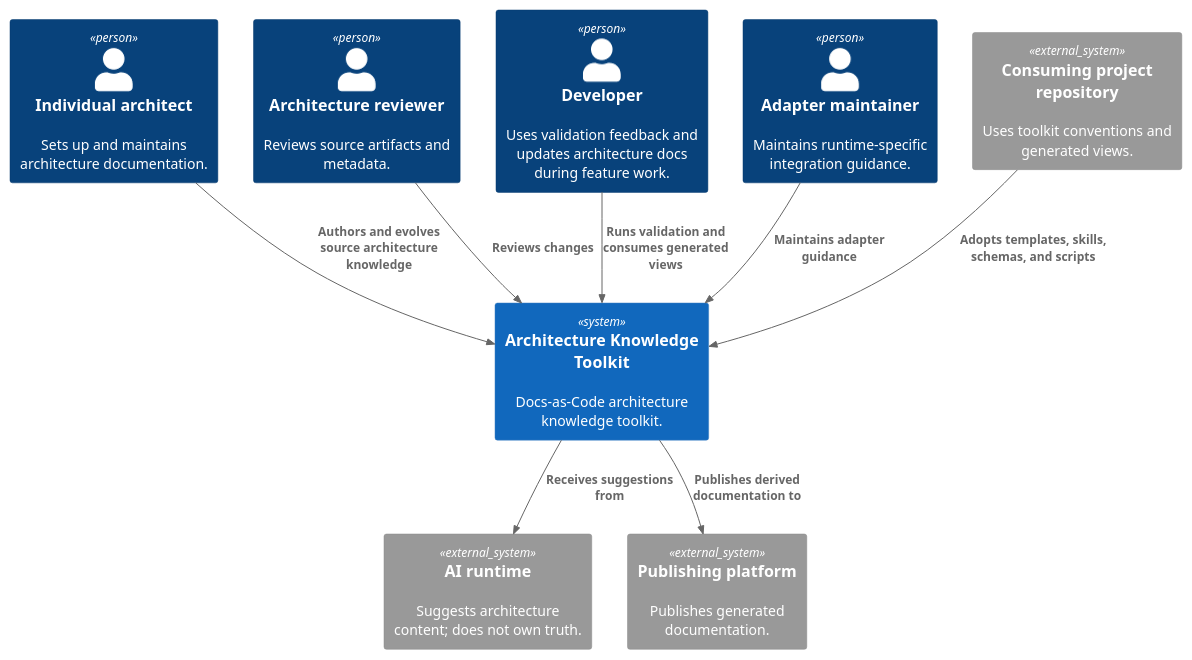
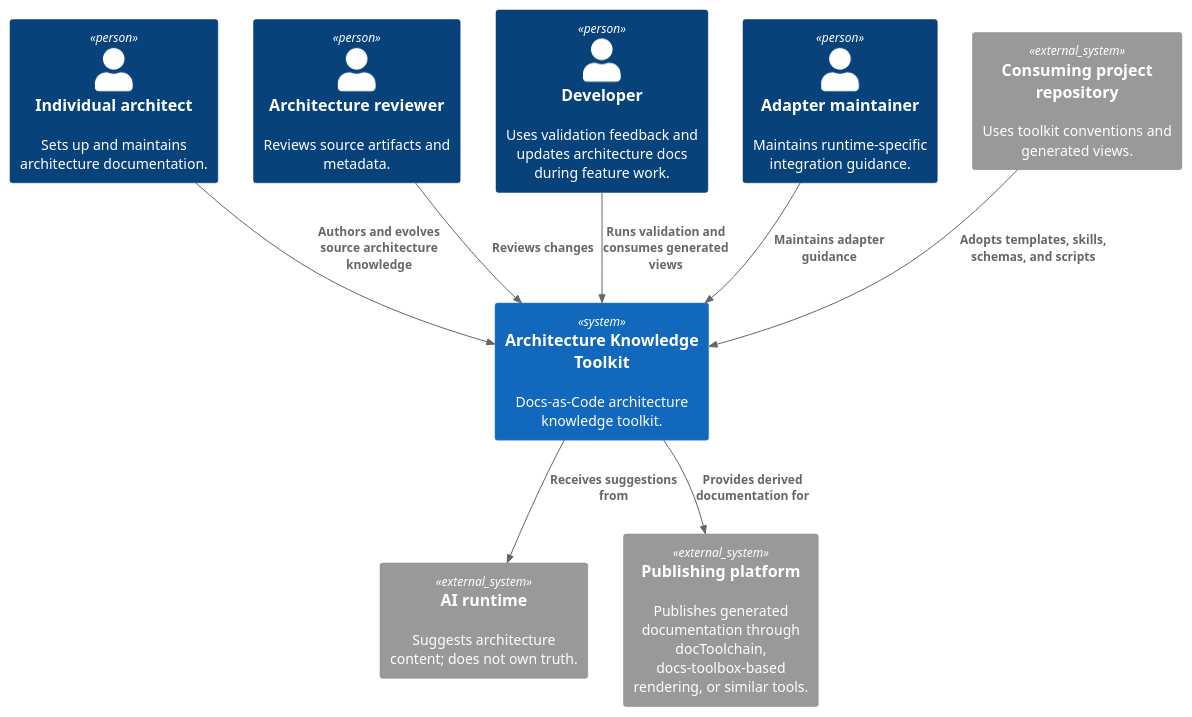
Before and after one commit to docs-as-code-toolkit/architecture-knowledge-toolkit: the diagram in src/docs/arc42/03-system-scope-and-context/doc-03001-business-context.adoc, drawn with PlantUML. The commit also changed 10 other files, not shown here.

```diff
--- a/src/docs/arc42/03-system-scope-and-context/doc-03001-business-context.adoc
+++ b/src/docs/arc42/03-system-scope-and-context/doc-03001-business-context.adoc
@@ -26,25 +26,25 @@
 [plantuml,arc42-context-business,svg]
 ----
 @startuml
 !include <C4/C4_Context>
 
 Person(architect, "Individual architect", "Sets up and maintains architecture documentation.")
 Person(reviewer, "Architecture reviewer", "Reviews source artifacts and metadata.")
 Person(developer, "Developer", "Uses validation feedback and updates architecture docs during feature work.")
 Person(adapterMaintainer, "Adapter maintainer", "Maintains runtime-specific integration guidance.")
 
 System(toolkit, "Architecture Knowledge Toolkit", "Docs-as-Code architecture knowledge toolkit.")
 
 System_Ext(aiRuntime, "AI runtime", "Suggests architecture content; does not own truth.")
-System_Ext(publishing, "Publishing platform", "Publishes generated documentation.")
+System_Ext(publishing, "Publishing platform", "Publishes generated documentation through docToolchain, docs-toolbox-based rendering, or similar tools.")
 System_Ext(projectRepo, "Consuming project repository", "Uses toolkit conventions and generated views.")
 
 Rel(architect, toolkit, "Authors and evolves source architecture knowledge")
 Rel(reviewer, toolkit, "Reviews changes")
 Rel(developer, toolkit, "Runs validation and consumes generated views")
 Rel(adapterMaintainer, toolkit, "Maintains adapter guidance")
 Rel(toolkit, aiRuntime, "Receives suggestions from")
-Rel(toolkit, publishing, "Publishes derived documentation to")
+Rel(toolkit, publishing, "Provides derived documentation for")
 Rel(projectRepo, toolkit, "Adopts templates, skills, schemas, and scripts")
 @enduml
 ----
```
